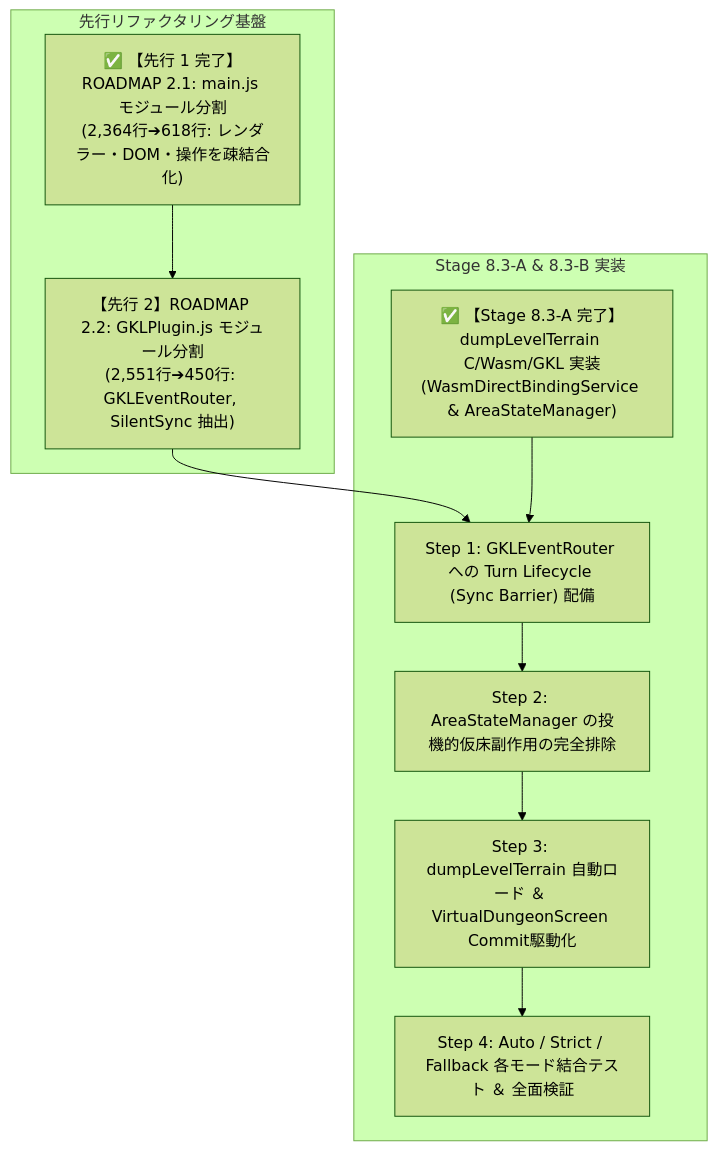
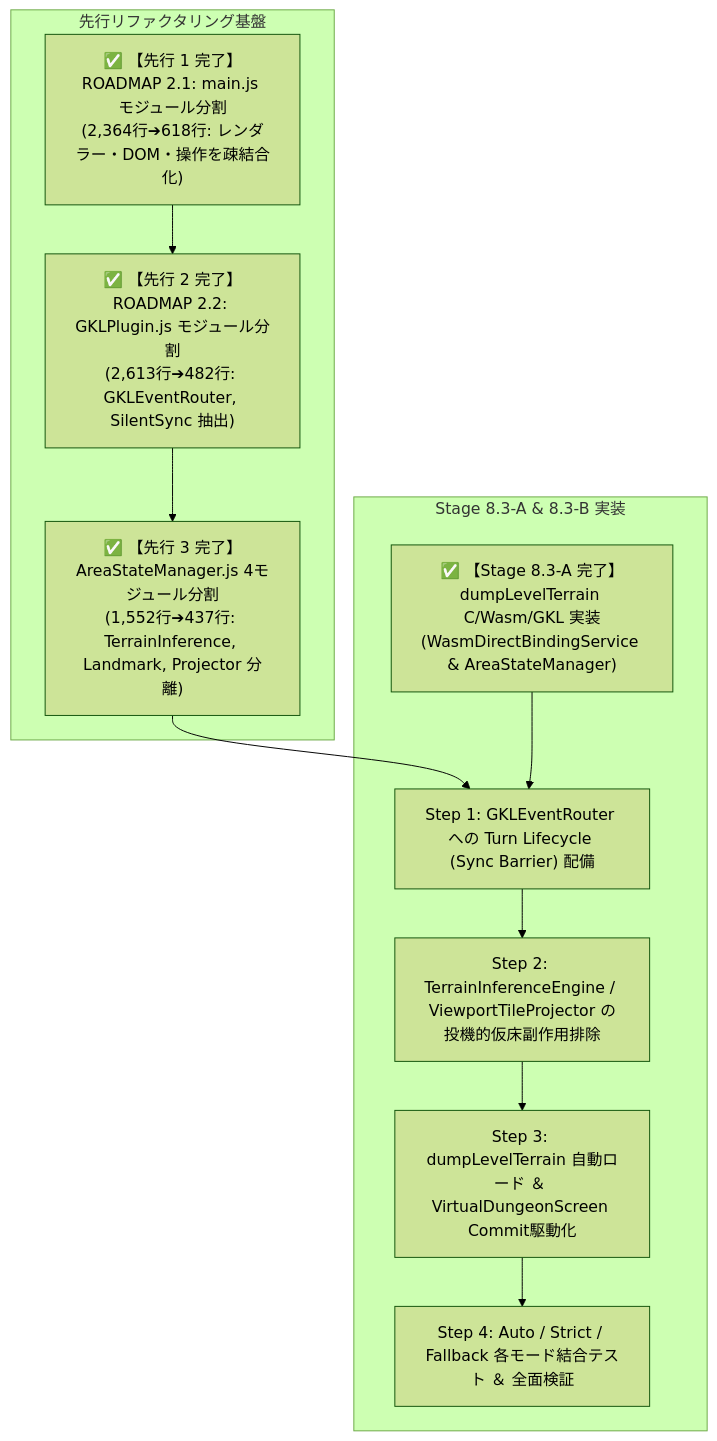
The second of 2 diagrams in docs/2_client_ui/shim_driven_rendering_pipeline_architecture.ja.md (e3sh/Nethack-wasm-webUI), drawn with Mermaid (forest theme) before and after one commit. The commit also changed other lines of this file and 8 other files, not shown here.

````diff
--- a/docs/2_client_ui/shim_driven_rendering_pipeline_architecture.ja.md
+++ b/docs/2_client_ui/shim_driven_rendering_pipeline_architecture.ja.md
@@ -115,18 +115,19 @@
 ```mermaid
 flowchart TD
     subgraph 先行リファクタリング基盤
         R21["✅ 【先行 1 完了】ROADMAP 2.1: main.js モジュール分割<br>(2,364行➔618行: レンダラー・DOM・操作を疎結合化)"]
-        R22["【先行 2】ROADMAP 2.2: GKLPlugin.js モジュール分割<br>(2,551行➔450行: GKLEventRouter, SilentSync 抽出)"]
+        R22["✅ 【先行 2 完了】ROADMAP 2.2: GKLPlugin.js モジュール分割<br>(2,613行➔482行: GKLEventRouter, SilentSync 抽出)"]
+        R23["✅ 【先行 3 完了】AreaStateManager.js 4モジュール分割<br>(1,552行➔437行: TerrainInference, Landmark, Projector 分離)"]
     end
 
     subgraph Stage 8.3-A & 8.3-B 実装
         S0["✅ 【Stage 8.3-A 完了】dumpLevelTerrain C/Wasm/GKL 実装<br>(WasmDirectBindingService & AreaStateManager)"]
         S1["Step 1: GKLEventRouter への Turn Lifecycle (Sync Barrier) 配備"]
-        S2["Step 2: AreaStateManager の投機的仮床副作用の完全排除"]
+        S2["Step 2: TerrainInferenceEngine / ViewportTileProjector の投機的仮床副作用排除"]
         S3["Step 3: dumpLevelTerrain 自動ロード ＆ VirtualDungeonScreen Commit駆動化"]
         S4["Step 4: Auto / Strict / Fallback 各モード結合テスト ＆ 全面検証"]
     end
 
-    R21 --> R22 --> S1
+    R21 --> R22 --> R23 --> S1
     S0 --> S1 --> S2 --> S3 --> S4
 ```
````
